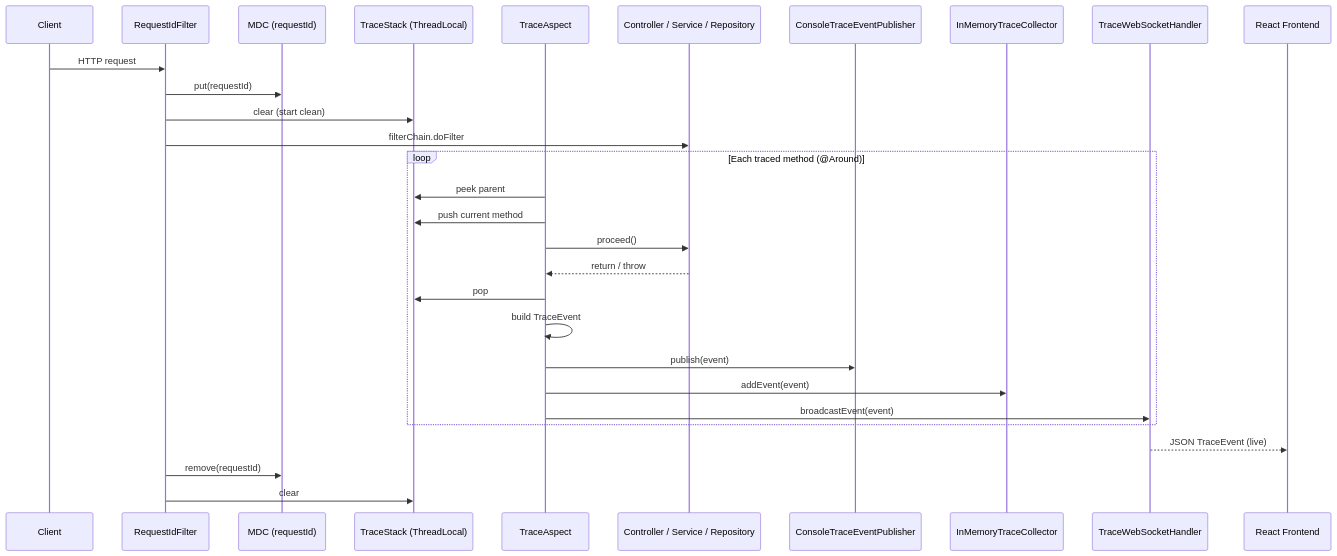
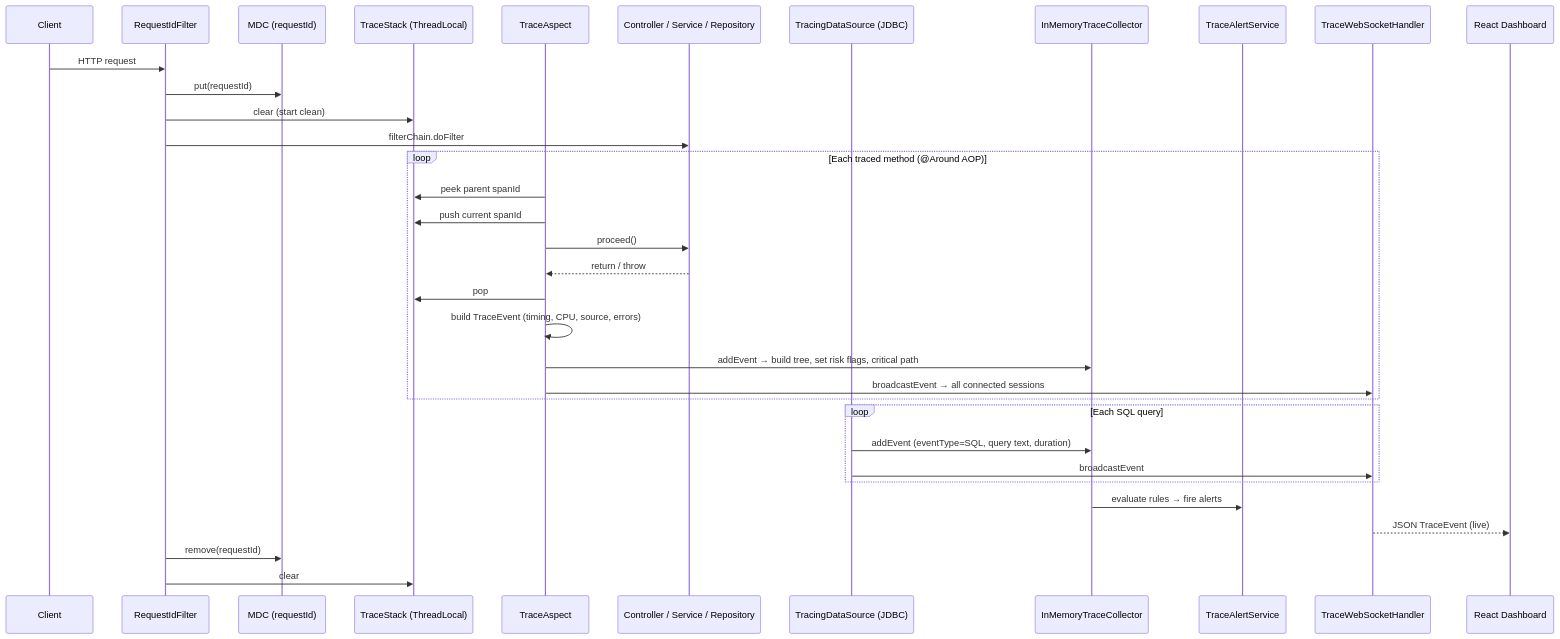
Before and after one commit to NiyathaVS/Live-Backend-Execution-Trace-Visualizer: the second of 5 diagrams in docs/ARCHITECTURE.md, drawn with Mermaid. The commit also changed other lines of this file and 5 other files, not shown here.

````diff
--- a/docs/ARCHITECTURE.md
+++ b/docs/ARCHITECTURE.md
@@ -47,35 +51,41 @@
 ```mermaid
 sequenceDiagram
     participant Client
     participant Filter as RequestIdFilter
     participant MDC as MDC (requestId)
     participant Stack as TraceStack (ThreadLocal)
     participant Aspect as TraceAspect
     participant App as Controller / Service / Repository
-    participant Pub as ConsoleTraceEventPublisher
+    participant SQL as TracingDataSource (JDBC)
     participant Col as InMemoryTraceCollector
+    participant Alert as TraceAlertService
     participant WS as TraceWebSocketHandler
-    participant UI as React Frontend
+    participant UI as React Dashboard
 
     Client->>Filter: HTTP request
     Filter->>MDC: put(requestId)
     Filter->>Stack: clear (start clean)
     Filter->>App: filterChain.doFilter
 
-    loop Each traced method (@Around)
-        Aspect->>Stack: peek parent
-        Aspect->>Stack: push current method
+    loop Each traced method (@Around AOP)
+        Aspect->>Stack: peek parent spanId
+        Aspect->>Stack: push current spanId
         Aspect->>App: proceed()
         App-->>Aspect: return / throw
         Aspect->>Stack: pop
-        Aspect->>Aspect: build TraceEvent
-        Aspect->>Pub: publish(event)
-        Aspect->>Col: addEvent(event)
-        Aspect->>WS: broadcastEvent(event)
+        Aspect->>Aspect: build TraceEvent (timing, CPU, source, errors)
+        Aspect->>Col: addEvent → build tree, set risk flags, critical path
+        Aspect->>WS: broadcastEvent → all connected sessions
     end
 
+    loop Each SQL query
+        SQL->>Col: addEvent (eventType=SQL, query text, duration)
+        SQL->>WS: broadcastEvent
+    end
+
+    Col->>Alert: evaluate rules → fire alerts
     WS-->>UI: JSON TraceEvent (live)
 
     Filter->>MDC: remove(requestId)
     Filter->>Stack: clear
 ```
````
